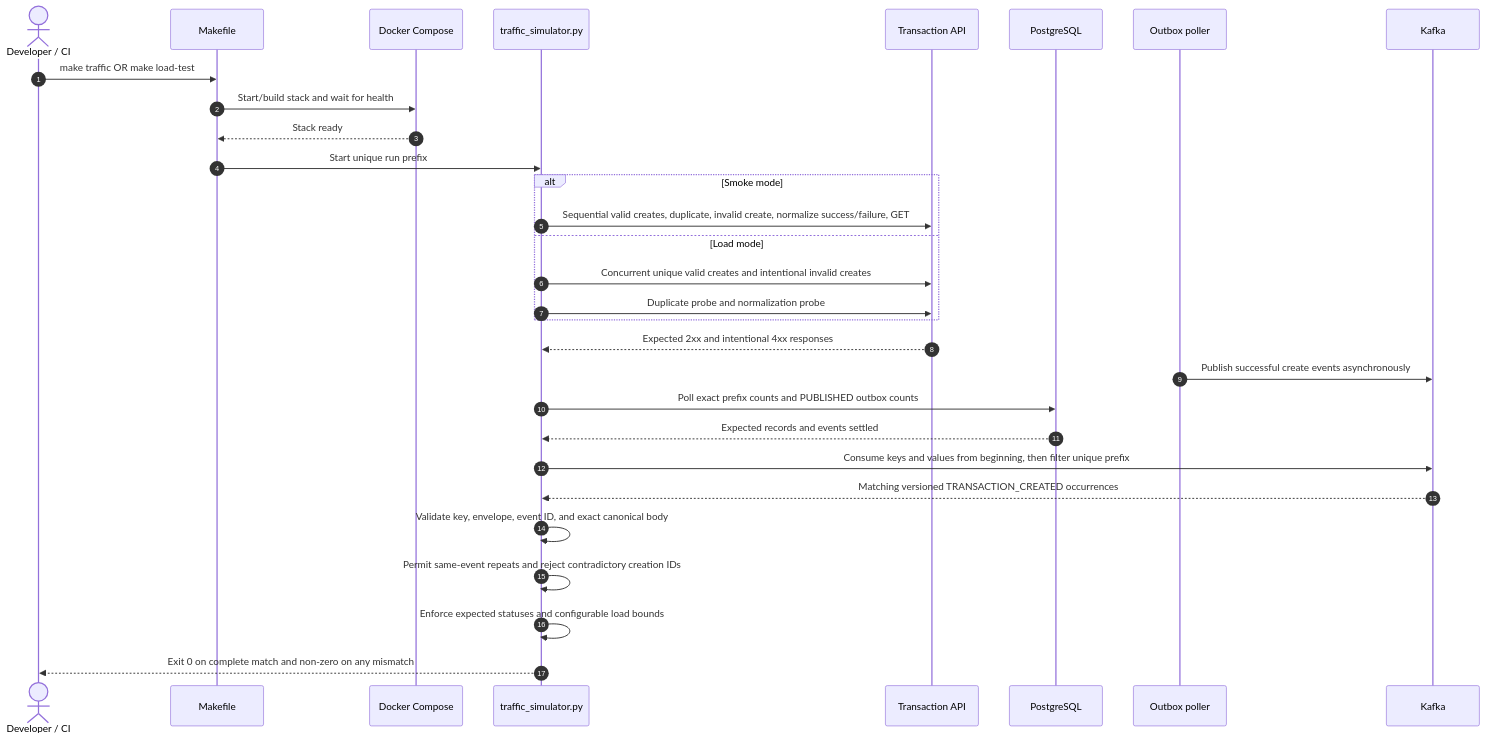
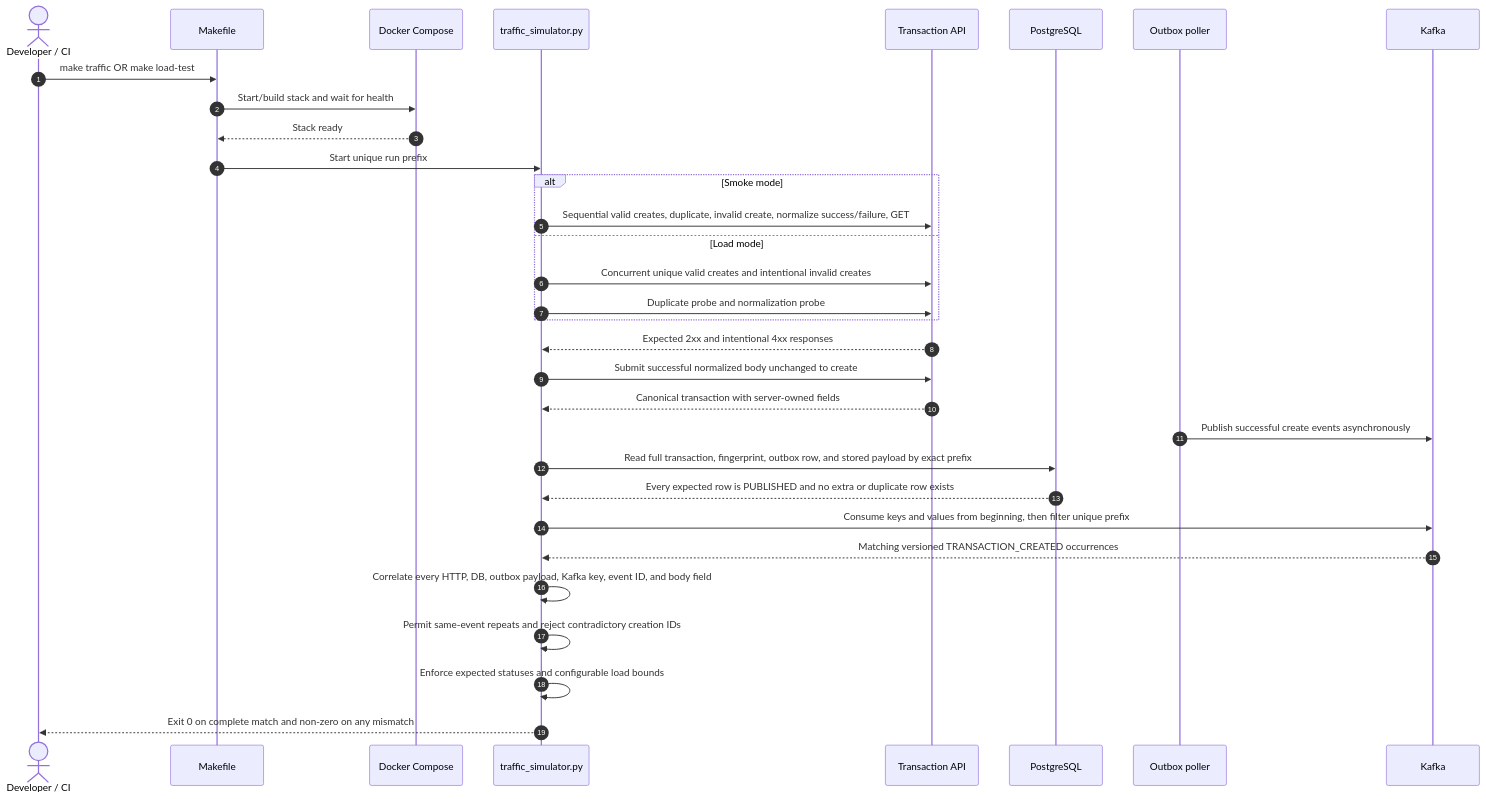
Diagram 11 of 16 in docs/sequence-diagrams.md (tarunngusain08/transaction-outbox-service), drawn with Mermaid before and after one commit. The commit also changed 5 other files, not shown here.

````diff
--- a/docs/sequence-diagrams.md
+++ b/docs/sequence-diagrams.md
@@ -379,33 +379,35 @@
 ```mermaid
 sequenceDiagram
     autonumber
     actor Initiator as Developer / CI
     participant Make as Makefile
     participant Compose as Docker Compose
     participant Simulator as traffic_simulator.py
     participant API as Transaction API
     participant DB as PostgreSQL
     participant Poller as Outbox poller
     participant Kafka as Kafka
 
     Initiator->>Make: make traffic OR make load-test
     Make->>Compose: Start/build stack and wait for health
     Compose-->>Make: Stack ready
     Make->>Simulator: Start unique run prefix
     alt Smoke mode
         Simulator->>API: Sequential valid creates, duplicate, invalid create, normalize success/failure, GET
     else Load mode
         Simulator->>API: Concurrent unique valid creates and intentional invalid creates
         Simulator->>API: Duplicate probe and normalization probe
     end
     API-->>Simulator: Expected 2xx and intentional 4xx responses
+    Simulator->>API: Submit successful normalized body unchanged to create
+    API-->>Simulator: Canonical transaction with server-owned fields
     Poller->>Kafka: Publish successful create events asynchronously
-    Simulator->>DB: Poll exact prefix counts and PUBLISHED outbox counts
-    DB-->>Simulator: Expected records and events settled
+    Simulator->>DB: Read full transaction, fingerprint, outbox row, and stored payload by exact prefix
+    DB-->>Simulator: Every expected row is PUBLISHED and no extra or duplicate row exists
     Simulator->>Kafka: Consume keys and values from beginning, then filter unique prefix
     Kafka-->>Simulator: Matching versioned TRANSACTION_CREATED occurrences
-    Simulator->>Simulator: Validate key, envelope, event ID, and exact canonical body
+    Simulator->>Simulator: Correlate every HTTP, DB, outbox payload, Kafka key, event ID, and body field
     Simulator->>Simulator: Permit same-event repeats and reject contradictory creation IDs
     Simulator->>Simulator: Enforce expected statuses and configurable load bounds
     Simulator-->>Initiator: Exit 0 on complete match and non-zero on any mismatch
 ```
````
